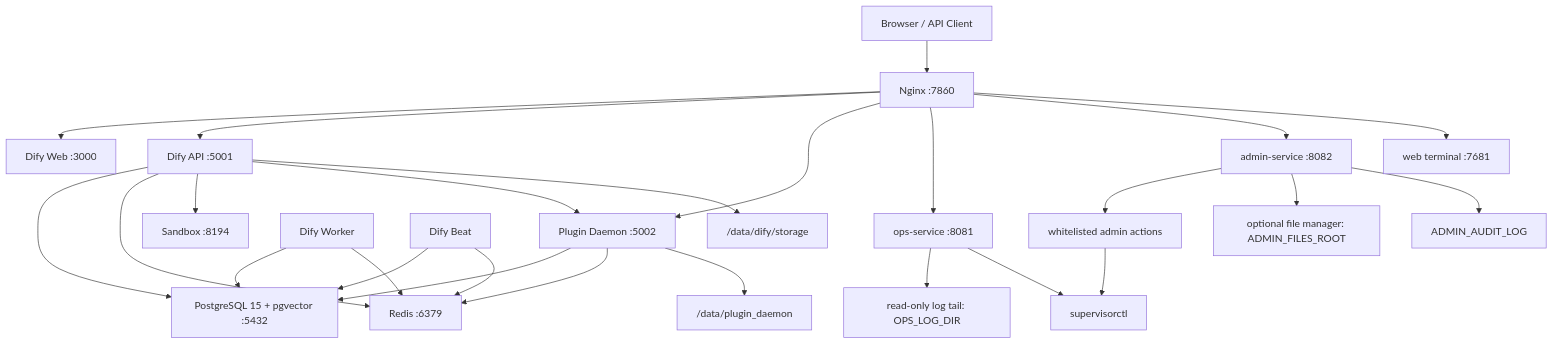
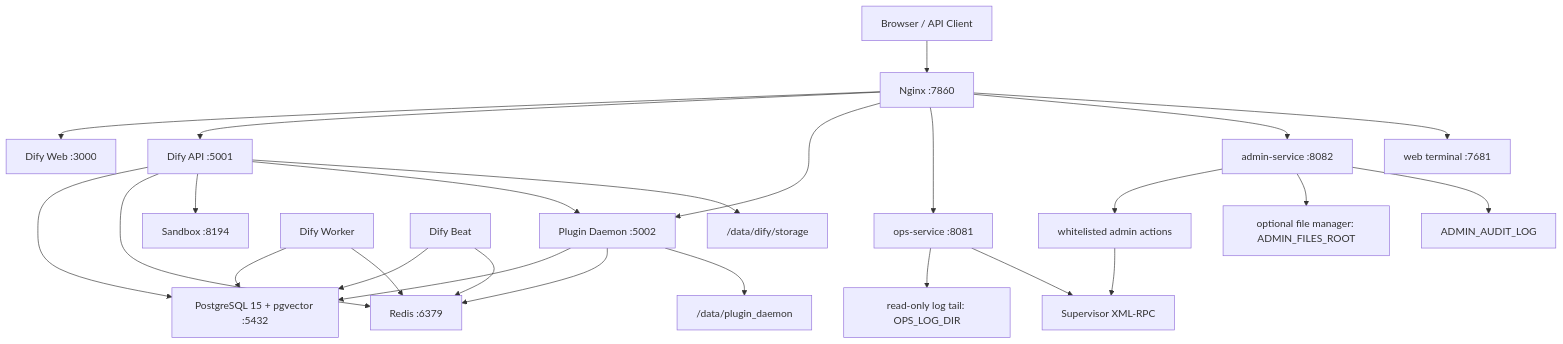
One commit to BlueSkyXN/Dify-all-in-one-HFS changed the first of 3 diagrams in docs/architecture.md. Above: the diagram before and after it, drawn with Mermaid. The commit also changed other lines of this file and 30 other files, not shown here.

````diff
--- a/docs/architecture.md
+++ b/docs/architecture.md
@@ -17,28 +17,28 @@
 ```mermaid
 flowchart TD
     user["Browser / API Client"] --> nginx["Nginx :7860"]
     nginx --> web["Dify Web :3000"]
     nginx --> api["Dify API :5001"]
     nginx --> plugin["Plugin Daemon :5002"]
     nginx --> ops["ops-service :8081"]
     nginx --> admin["admin-service :8082"]
     nginx --> terminal["web terminal :7681"]
     api --> postgres["PostgreSQL 15 + pgvector :5432"]
     api --> redis["Redis :6379"]
     api --> sandbox["Sandbox :8194"]
     api --> plugin
     worker["Dify Worker"] --> postgres
     worker --> redis
     beat["Dify Beat"] --> postgres
     beat --> redis
     plugin --> postgres
     plugin --> redis
     plugin --> data_plugin["/data/plugin_daemon"]
     api --> data_storage["/data/dify/storage"]
     ops --> logs["read-only log tail: OPS_LOG_DIR"]
-    ops --> supervisor["supervisorctl"]
+    ops --> supervisor["Supervisor XML-RPC"]
     admin --> admin_actions["whitelisted admin actions"]
     admin --> admin_files["optional file manager: ADMIN_FILES_ROOT"]
     admin --> admin_audit["ADMIN_AUDIT_LOG"]
     admin_actions --> supervisor
 ```
````
